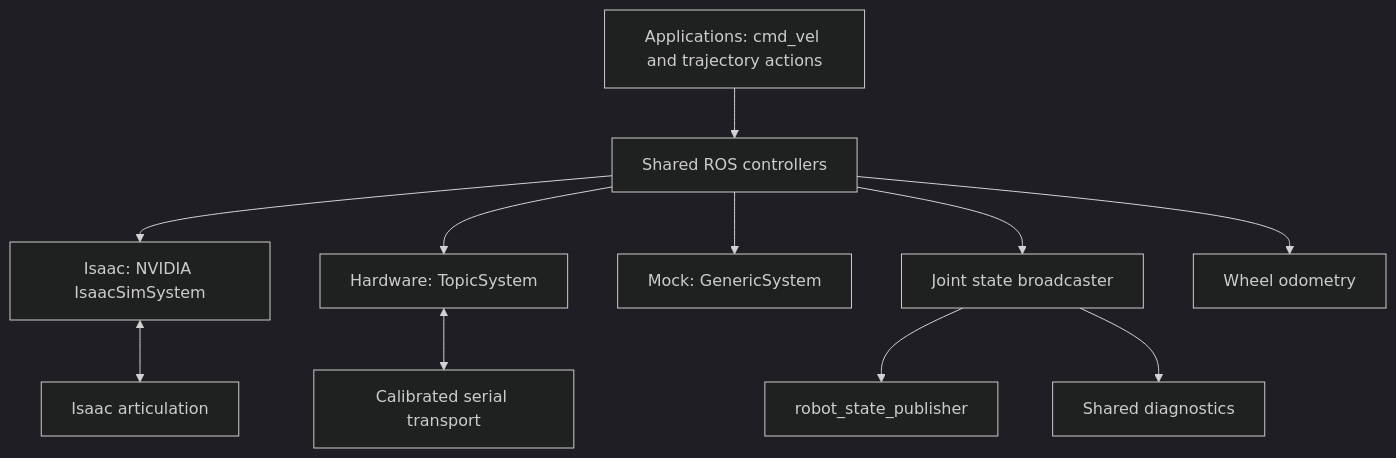
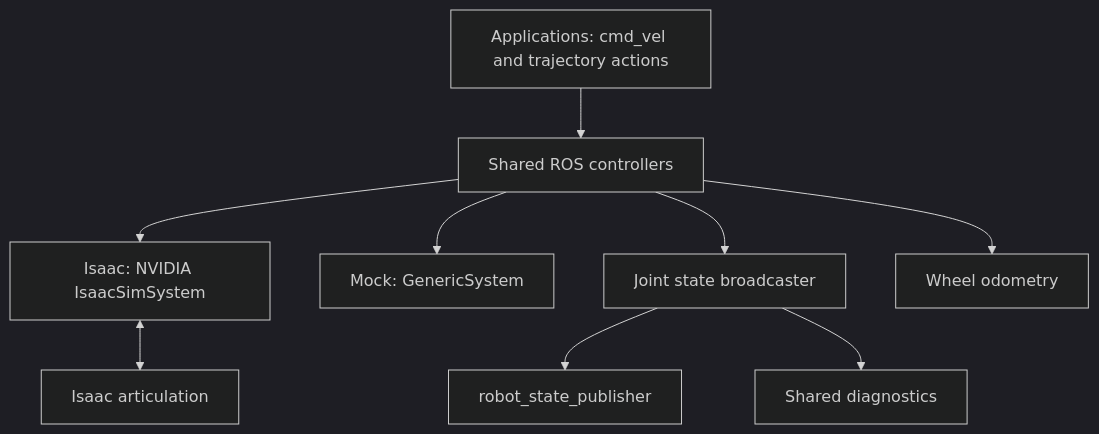
The diagram in ros2_ws/README.md (JustinCosta10/xlerobot_local_agent), drawn with Mermaid (dark theme) before and after one commit. The commit also changed other lines of this file and 39 other files, not shown here.

````diff
--- a/ros2_ws/README.md
+++ b/ros2_ws/README.md
@@ -57,13 +57,11 @@
 ```mermaid
 flowchart TD
     A[Applications: cmd_vel and trajectory actions] --> C[Shared ROS controllers]
     C --> N[Isaac: NVIDIA IsaacSimSystem]
     N <--> I[Isaac articulation]
-    C --> T[Hardware: TopicSystem]
-    T <--> H[Calibrated serial transport]
     C --> M[Mock: GenericSystem]
     C --> J[Joint state broadcaster]
     J --> R[robot_state_publisher]
     C --> O[Wheel odometry]
     J --> D[Shared diagnostics]
 ```
````
